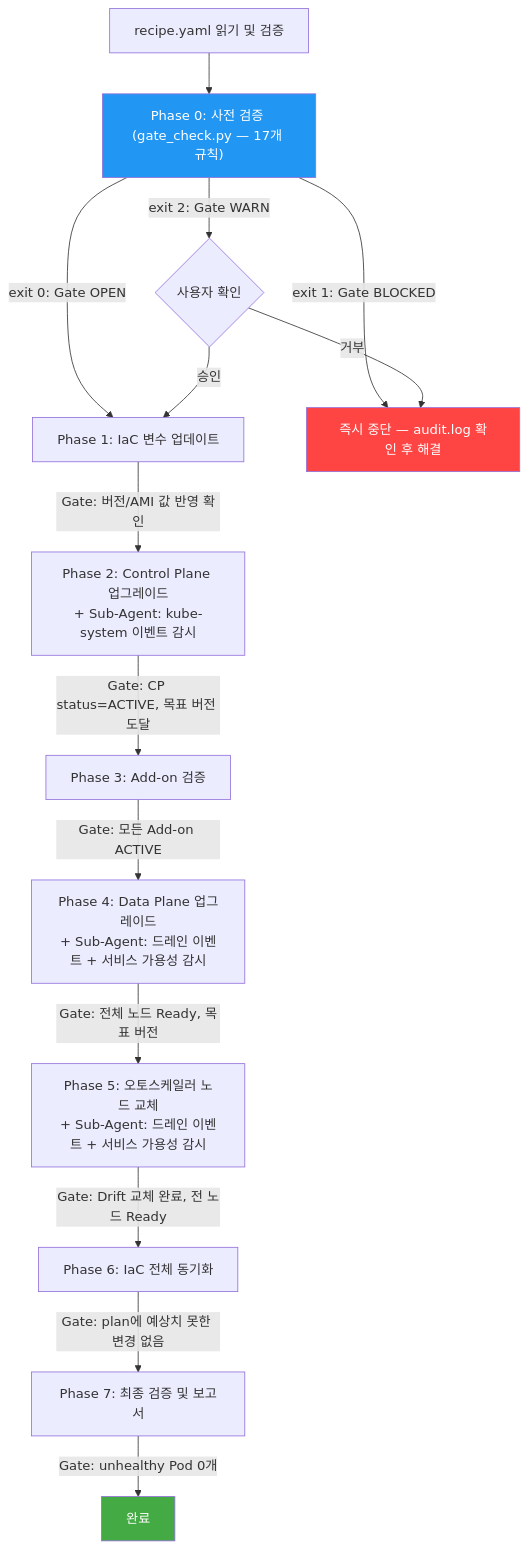
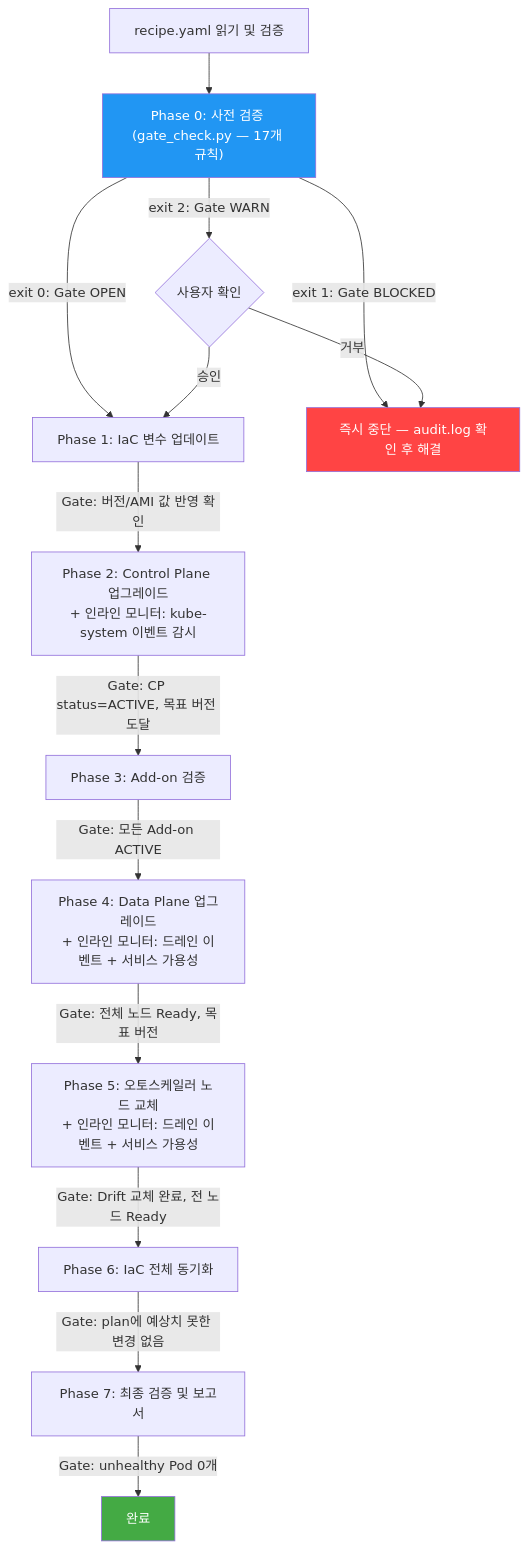
Before and after one commit to HaeDalWang/k8s-upgrade-skills: the diagram in README.md, drawn with Mermaid. The commit also changed other lines of this file and 7 other files, not shown here.

First line of the commit message:
docs: 인라인 모니터 전환·운영 트러블 반영 + 개선 계획 문서

````diff
--- a/README.md
+++ b/README.md
@@ -203,20 +207,20 @@
 ```mermaid
 graph TD
     A[recipe.yaml 읽기 및 검증] --> B0["Phase 0: 사전 검증 (gate_check.py — 17개 규칙)"]
     B0 -- "exit 0: Gate OPEN" --> C[Phase 1: IaC 변수 업데이트]
     B0 -- "exit 1: Gate BLOCKED" --> STOP[즉시 중단 — audit.log 확인 후 해결]
     B0 -- "exit 2: Gate WARN" --> USER_CONFIRM{사용자 확인}
     USER_CONFIRM -- "승인" --> C
     USER_CONFIRM -- "거부" --> STOP
-    C -- "Gate: 버전/AMI 값 반영 확인" --> D["Phase 2: Control Plane 업그레이드\n+ Sub-Agent: kube-system 이벤트 감시"]
+    C -- "Gate: 버전/AMI 값 반영 확인" --> D["Phase 2: Control Plane 업그레이드\n+ 인라인 모니터: kube-system 이벤트 감시"]
     D -- "Gate: CP status=ACTIVE, 목표 버전 도달" --> E[Phase 3: Add-on 검증]
-    E -- "Gate: 모든 Add-on ACTIVE" --> F["Phase 4: Data Plane 업그레이드\n+ Sub-Agent: 드레인 이벤트 + 서비스 가용성 감시"]
-    F -- "Gate: 전체 노드 Ready, 목표 버전" --> G["Phase 5: 오토스케일러 노드 교체\n+ Sub-Agent: 드레인 이벤트 + 서비스 가용성 감시"]
+    E -- "Gate: 모든 Add-on ACTIVE" --> F["Phase 4: Data Plane 업그레이드\n+ 인라인 모니터: 드레인 이벤트 + 서비스 가용성"]
+    F -- "Gate: 전체 노드 Ready, 목표 버전" --> G["Phase 5: 오토스케일러 노드 교체\n+ 인라인 모니터: 드레인 이벤트 + 서비스 가용성"]
     G -- "Gate: Drift 교체 완료, 전 노드 Ready" --> H[Phase 6: IaC 전체 동기화]
     H -- "Gate: plan에 예상치 못한 변경 없음" --> I[Phase 7: 최종 검증 및 보고서]
     I -- "Gate: unhealthy Pod 0개" --> J[완료]
 
     style STOP fill:#f44,color:#fff
     style J fill:#4a4,color:#fff
     style B0 fill:#2196F3,color:#fff
 ```
````
